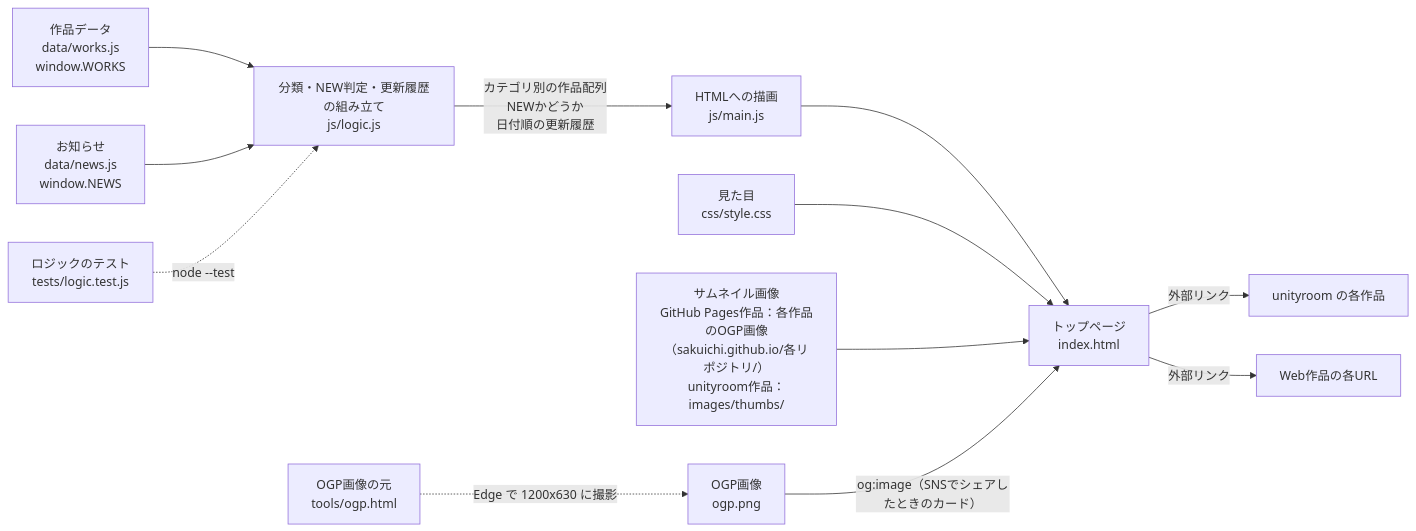
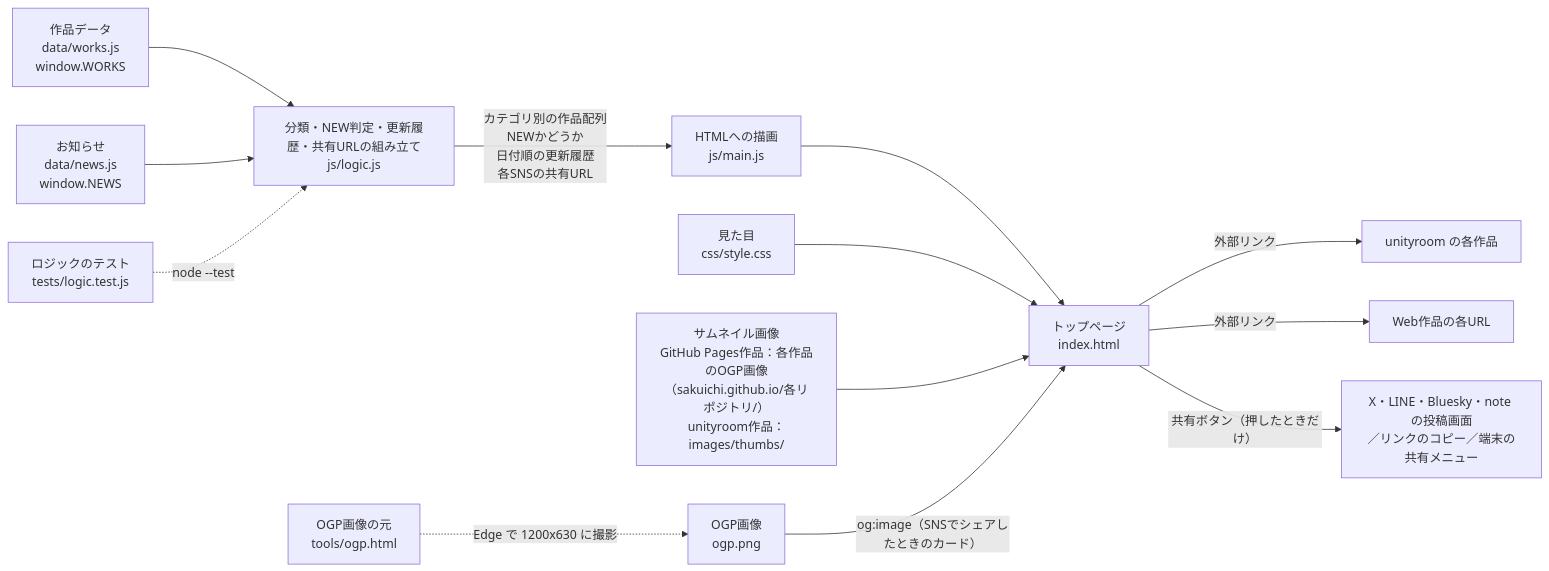
The diagram in docs/architecture.md (sakuichi/portfolio), drawn with Mermaid before and after one commit. The commit also changed other lines of this file and 5 other files, not shown here.

First line of the commit message:
サイトの共有ボタンを追加（X・LINE・Bluesky・note・リンクコピー）

````diff
--- a/docs/architecture.md
+++ b/docs/architecture.md
@@ -8,15 +8,16 @@
 ```mermaid
 flowchart LR
   W["作品データ<br>data/works.js<br>window.WORKS"] --> L
   N["お知らせ<br>data/news.js<br>window.NEWS"] --> L
-  L["分類・NEW判定・更新履歴の組み立て<br>js/logic.js"] -->|"カテゴリ別の作品配列<br>NEWかどうか<br>日付順の更新履歴"| M
+  L["分類・NEW判定・更新履歴・共有URLの組み立て<br>js/logic.js"] -->|"カテゴリ別の作品配列<br>NEWかどうか<br>日付順の更新履歴<br>各SNSの共有URL"| M
   M["HTMLへの描画<br>js/main.js"] --> I
   I["トップページ<br>index.html"]
   C["見た目<br>css/style.css"] --> I
   T["サムネイル画像<br>GitHub Pages作品：各作品のOGP画像（sakuichi.github.io/各リポジトリ/）<br>unityroom作品：images/thumbs/"] --> I
   I -->|外部リンク| U["unityroom の各作品"]
   I -->|外部リンク| S["Web作品の各URL"]
+  I -->|"共有ボタン（押したときだけ）"| SNS["X・LINE・Bluesky・note の投稿画面<br>／リンクのコピー／端末の共有メニュー"]
   X["ロジックのテスト<br>tests/logic.test.js"] -.->|node --test| L
   O["OGP画像の元<br>tools/ogp.html"] -.->|Edge で 1200x630 に撮影| P["OGP画像<br>ogp.png"]
   P -->|"og:image（SNSでシェアしたときのカード）"| I
 ```
````
